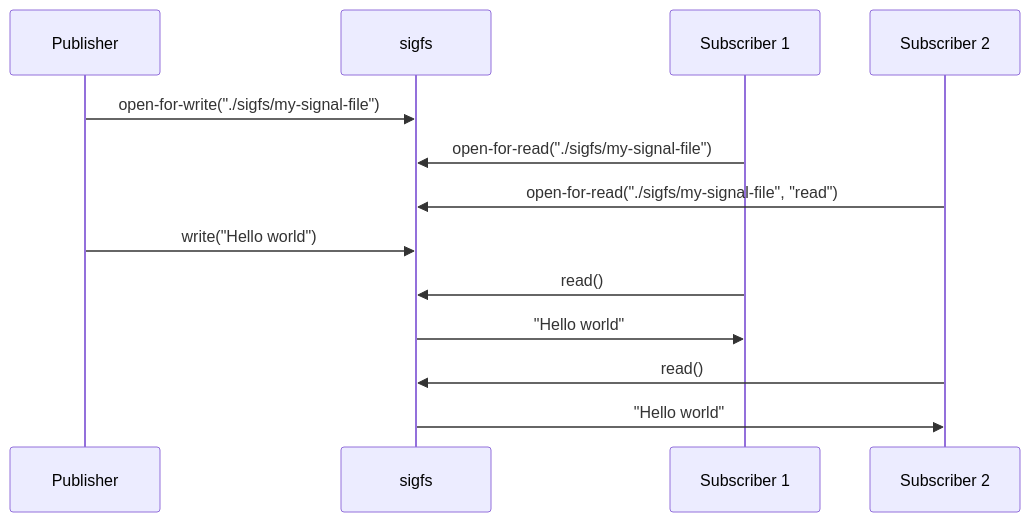
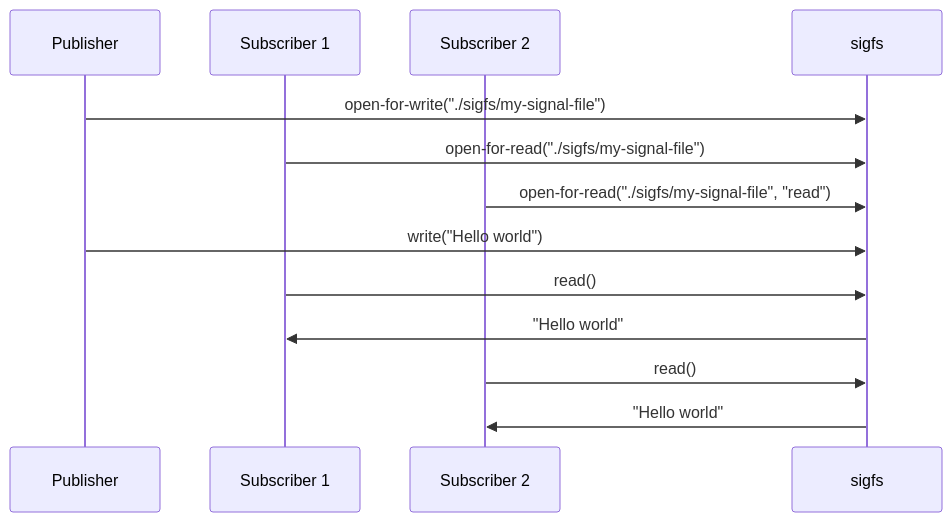
One commit to magnusfeuer/sigfs changed the diagram in README.md. Above: the diagram before and after it, drawn with Mermaid. The commit also changed other lines of this file and 21 other files, not shown here.

````diff
--- a/README.md
+++ b/README.md
@@ -78,11 +84,15 @@
 ```mermaid
 sequenceDiagram
+    participant Publisher
+    participant Subscriber 1
+    participant Subscriber 2
+    participant sigfs
     Publisher->>sigfs: open-for-write("./sigfs/my-signal-file")
     Subscriber 1->>sigfs: open-for-read("./sigfs/my-signal-file")
     Subscriber 2->>sigfs: open-for-read("./sigfs/my-signal-file", "read")
     Publisher->>sigfs: write("Hello world")
     Subscriber 1->>sigfs: read()
     sigfs->>Subscriber 1: "Hello world"
     Subscriber 2->>sigfs: read()
     sigfs->>Subscriber 2: "Hello world"
 ```
````
